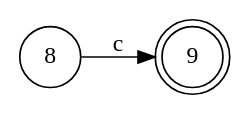
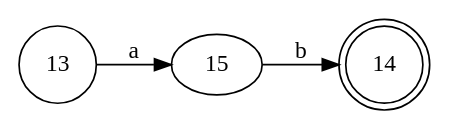
The diagram in test-output/automata1.gv (bryannalfaro/Dise-odeLenguajes), drawn with Graphviz before and after one commit. The commit also changed 2 other files, not shown here.

```diff
--- a/test-output/automata1.gv
+++ b/test-output/automata1.gv
@@ -1,6 +1,7 @@
 digraph automata1 {
 	rankdir=LR
-	8 [label=8 shape=circle]
-	9 [label=9 shape=doublecircle]
-	8 -> 9 [label=c]
+	13 [label=13 shape=circle]
+	14 [label=14 shape=doublecircle]
+	13 -> 15 [label=a]
+	15 -> 14 [label=b]
 }
```
